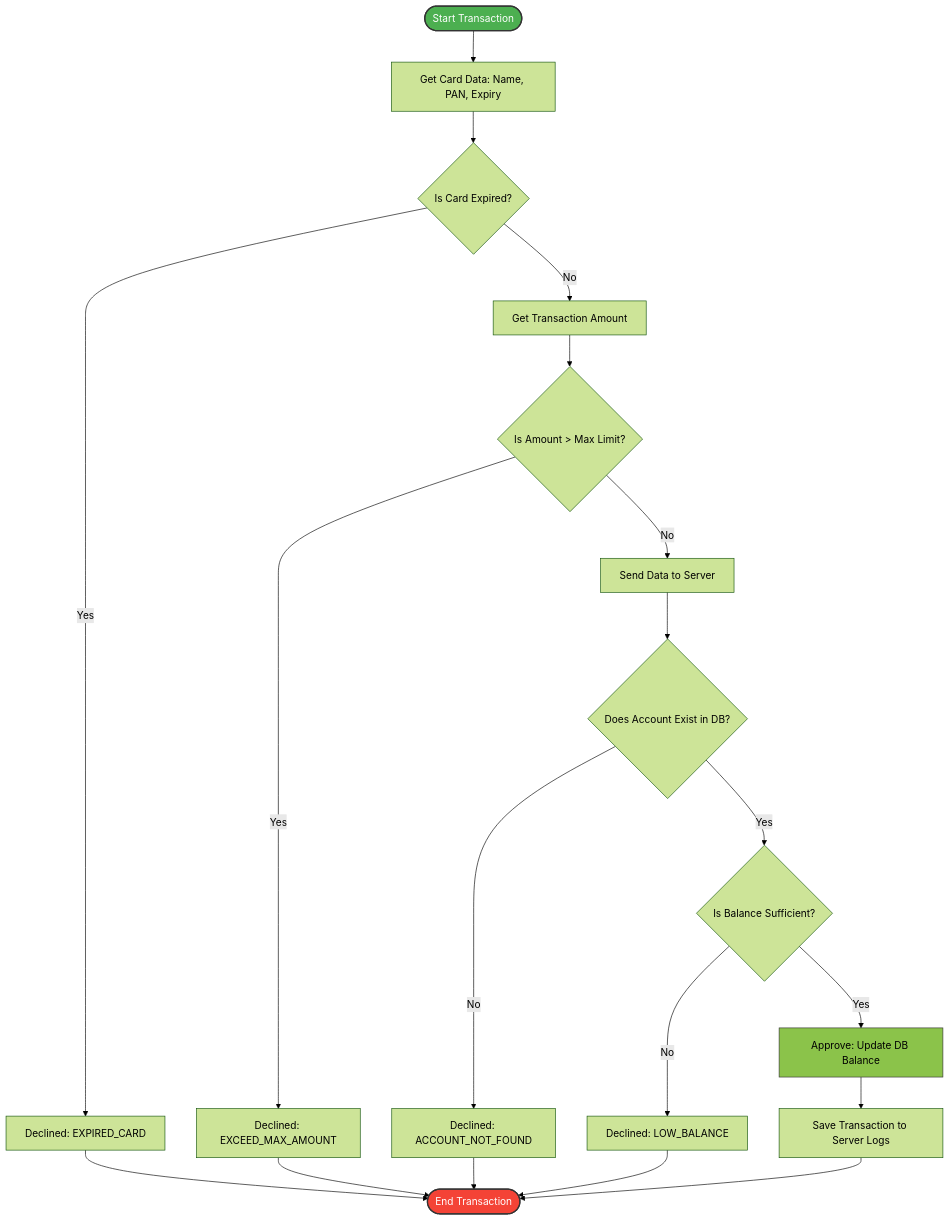
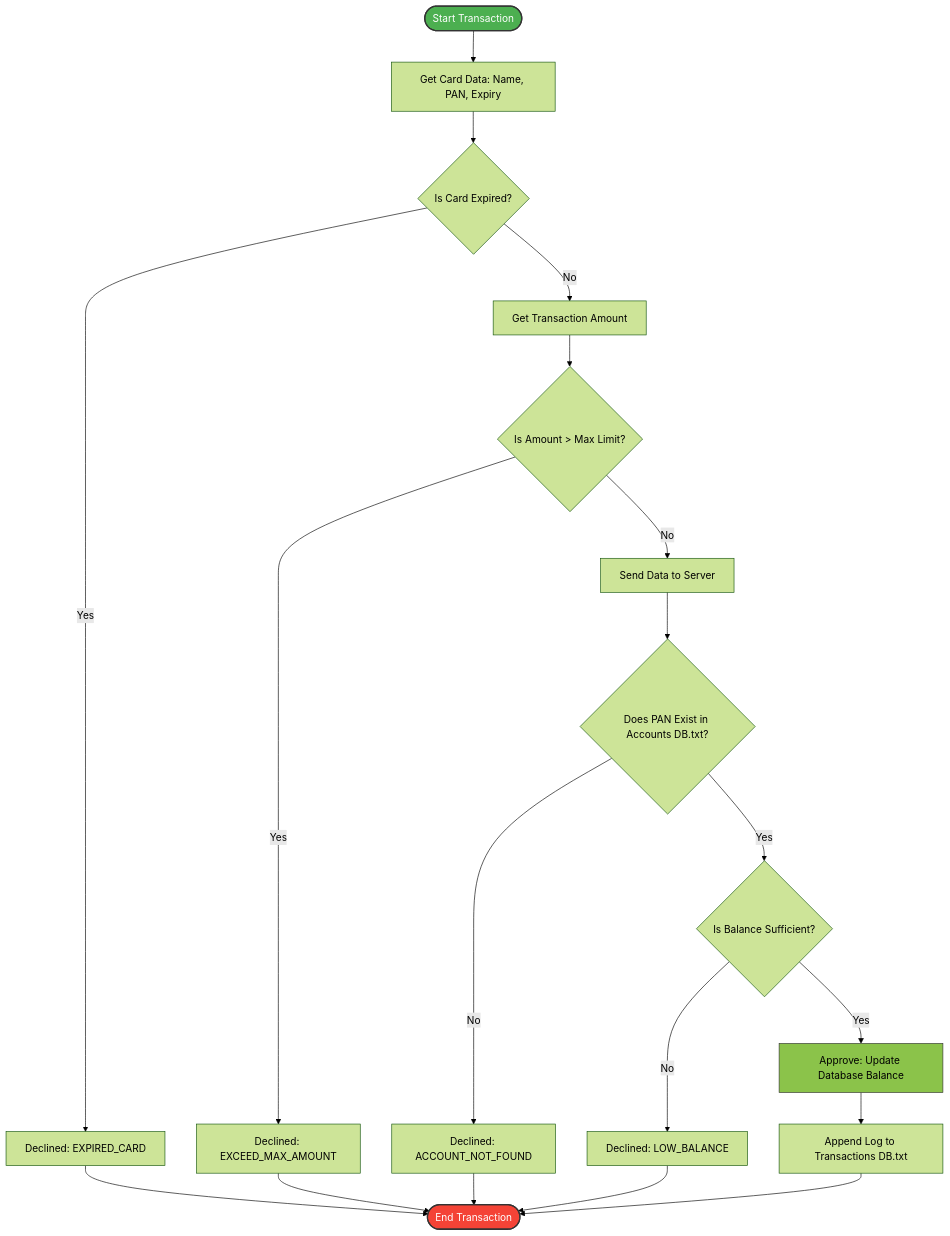
Before and after one commit to Mahmoud976/paymentApplication: the diagram in README.md, drawn with Mermaid (forest theme). The commit also changed other lines of this file, not shown here.

````diff
--- a/README.md
+++ b/README.md
@@ -48,21 +51,21 @@
 ```mermaid
 graph TD
     A([Start Transaction]) --> B[Get Card Data: Name, PAN, Expiry]
     B --> C{Is Card Expired?}
     C -- Yes --> D[Declined: EXPIRED_CARD]
     C -- No --> E[Get Transaction Amount]
     E --> F{Is Amount > Max Limit?}
     F -- Yes --> G[Declined: EXCEED_MAX_AMOUNT]
     F -- No --> H[Send Data to Server]
-    H --> I{Does Account Exist in DB?}
+    H --> I{Does PAN Exist in Accounts DB.txt?}
     I -- No --> J[Declined: ACCOUNT_NOT_FOUND]
     I -- Yes --> K{Is Balance Sufficient?}
     K -- No --> L[Declined: LOW_BALANCE]
-    K -- Yes --> M[Approve: Update DB Balance]
-    M --> N[Save Transaction to Server Logs]
+    K -- Yes --> M[Approve: Update Database Balance]
+    M --> N[Append Log to Transactions DB.txt]
     D & G & J & L & N --> O([End Transaction])
     
     style A fill:#4CAF50,stroke:#333,stroke-width:2px,color:#fff
     style O fill:#f44336,stroke:#333,stroke-width:2px,color:#fff
     style M fill:#8BC34A,stroke:#333,stroke-width:1px
 ```
````
